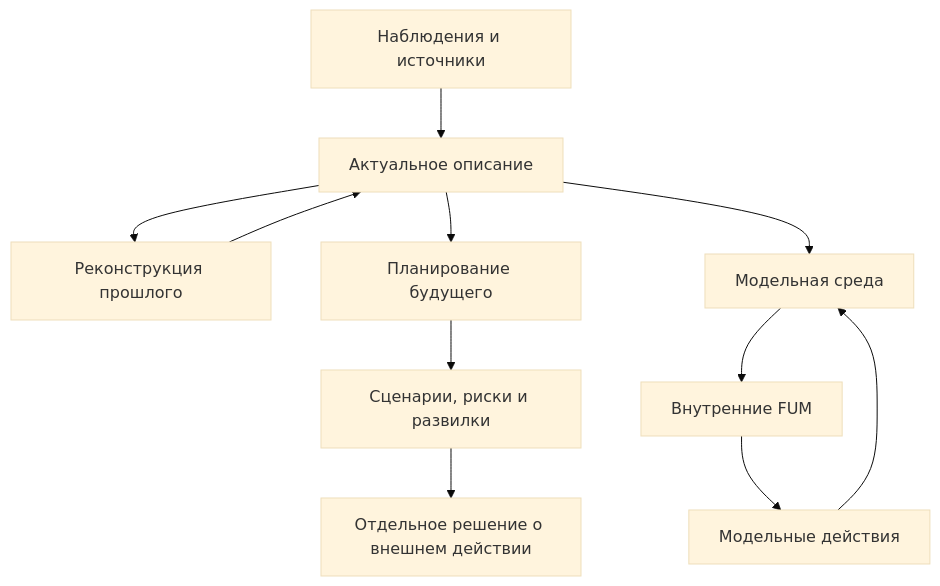
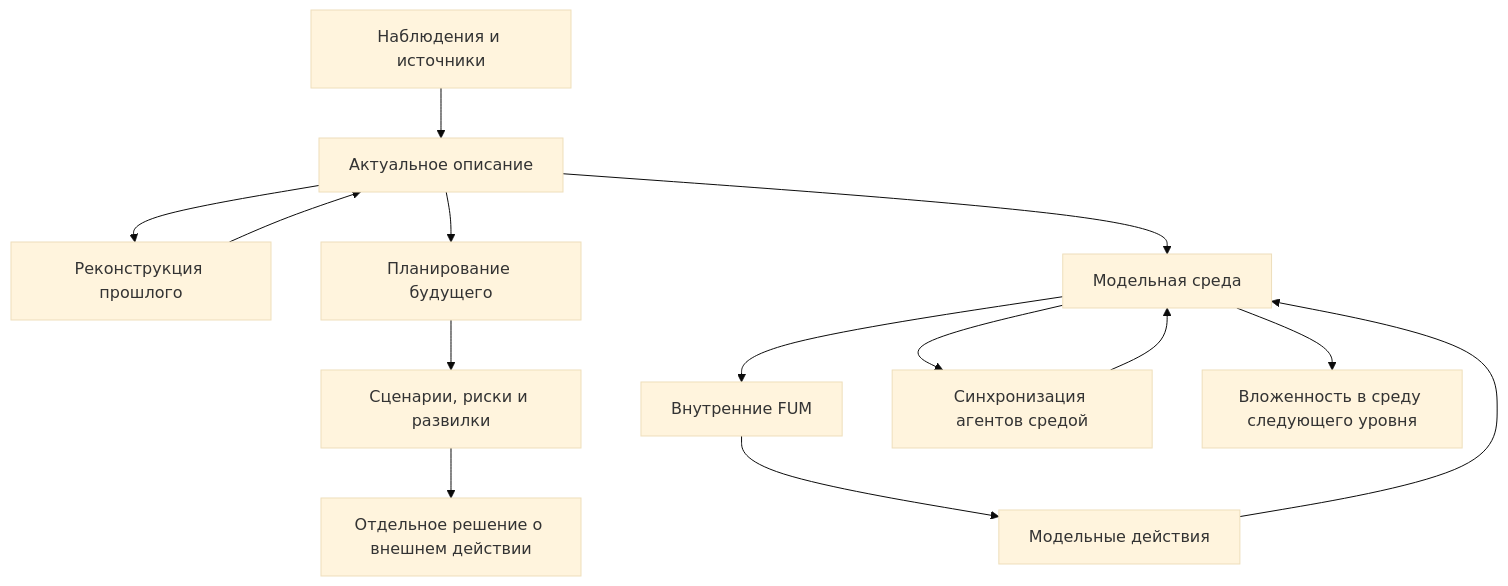
The diagram in Документация/11-среда-для-внутренних-FUM.md (fum-lab/fum), drawn with Mermaid (base theme) before and after one commit. The commit also changed other lines of this file and 15 other files, not shown here.

````diff
--- a/Документация/11-среда-для-внутренних-FUM.md
+++ b/Документация/11-среда-для-внутренних-FUM.md
@@ -47,13 +55,16 @@
 ```mermaid
 flowchart TD
     sources["Наблюдения и источники"] --> current["Актуальное описание"]
     current --> past["Реконструкция прошлого"]
     past --> current
     current --> future["Планирование будущего"]
     future --> scenarios["Сценарии, риски и развилки"]
     current --> environment["Модельная среда"]
     environment --> inner["Внутренние FUM"]
     inner --> model_actions["Модельные действия"]
     model_actions --> environment
+    environment --> sync["Синхронизация агентов средой"]
+    sync --> environment
+    environment --> outer_env["Вложенность в среду следующего уровня"]
     scenarios --> gate["Отдельное решение о внешнем действии"]
 ```
````
